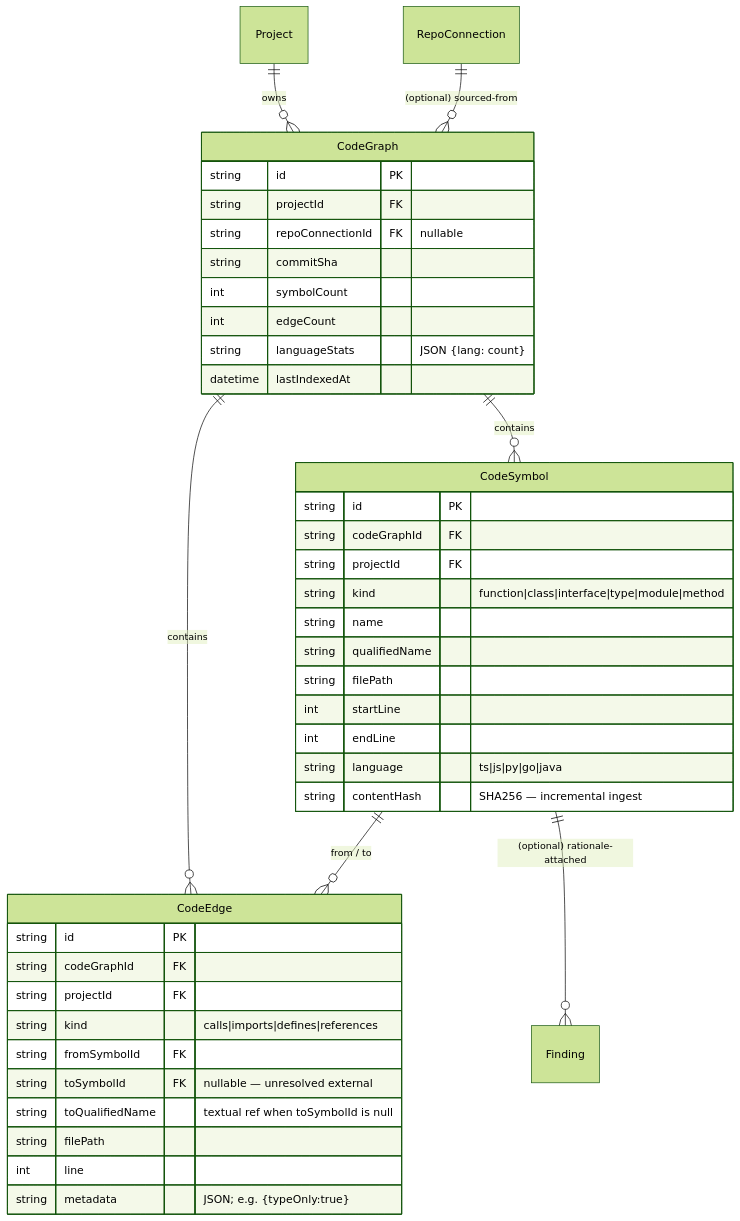
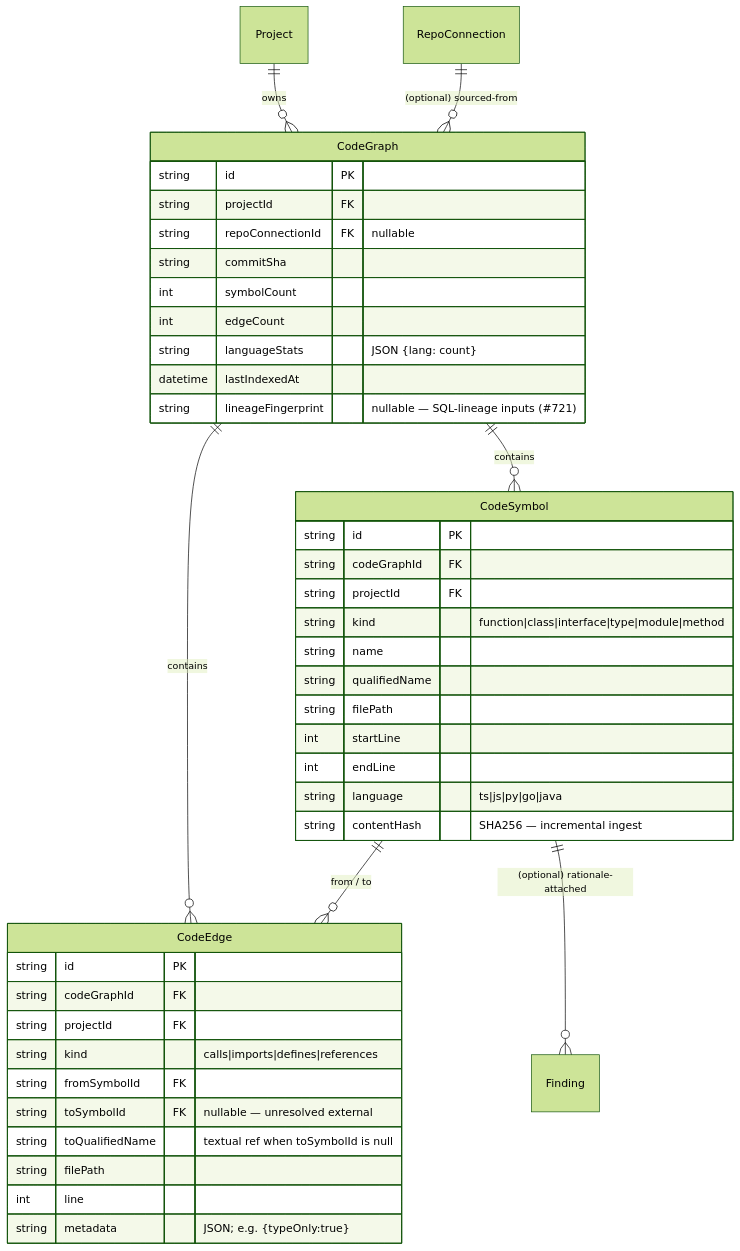
One commit to openzigs/metis changed the diagram in docs/data-model.md. Above: the diagram before and after it, drawn with Mermaid (forest theme). The commit also changed other lines of this file and 17 other files, not shown here.

First line of the commit message:
fix: Resolve #721 — backfill SQL lineage on an already-ingested graph (#752)

````diff
--- a/docs/data-model.md
+++ b/docs/data-model.md
@@ -122,47 +122,48 @@
 ```mermaid
 erDiagram
     Project ||--o{ CodeGraph : owns
     RepoConnection ||--o{ CodeGraph : "(optional) sourced-from"
     CodeGraph ||--o{ CodeSymbol : contains
     CodeGraph ||--o{ CodeEdge : contains
     CodeSymbol ||--o{ CodeEdge : "from / to"
     CodeSymbol ||--o{ Finding : "(optional) rationale-attached"
 
     CodeSymbol {
         string id PK
         string codeGraphId FK
         string projectId FK
         string kind "function|class|interface|type|module|method"
         string name
         string qualifiedName
         string filePath
         int    startLine
         int    endLine
         string language "ts|js|py|go|java"
         string contentHash "SHA256 — incremental ingest"
     }
 
     CodeEdge {
         string id PK
         string codeGraphId FK
         string projectId FK
         string kind "calls|imports|defines|references"
         string fromSymbolId FK
         string toSymbolId FK "nullable — unresolved external"
         string toQualifiedName "textual ref when toSymbolId is null"
         string filePath
         int    line
         string metadata "JSON; e.g. {typeOnly:true}"
     }
 
     CodeGraph {
         string id PK
         string projectId FK
         string repoConnectionId FK "nullable"
         string commitSha
         int    symbolCount
         int    edgeCount
         string languageStats "JSON {lang: count}"
         datetime lastIndexedAt
+        string lineageFingerprint "nullable — SQL-lineage inputs (#721)"
     }
 ```
````
